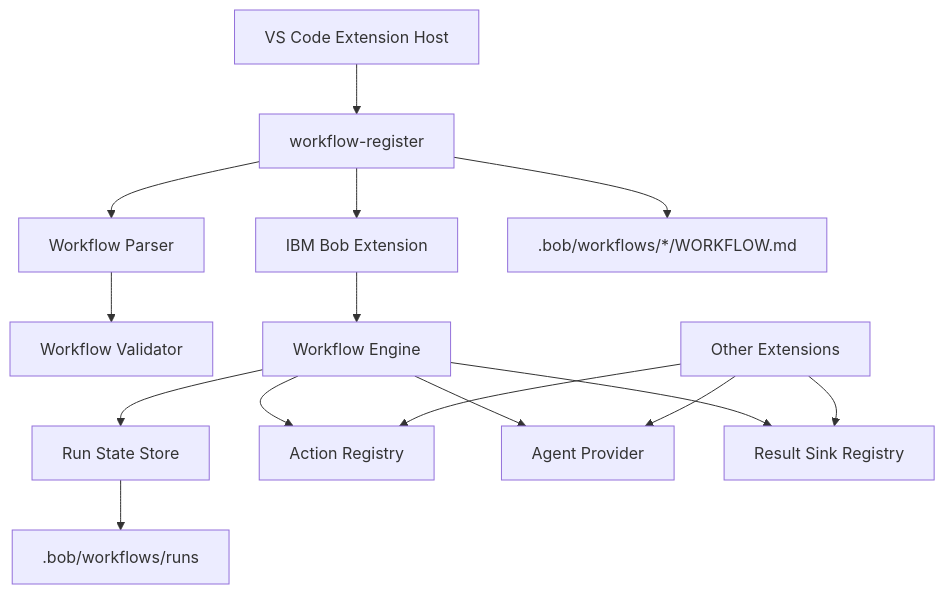
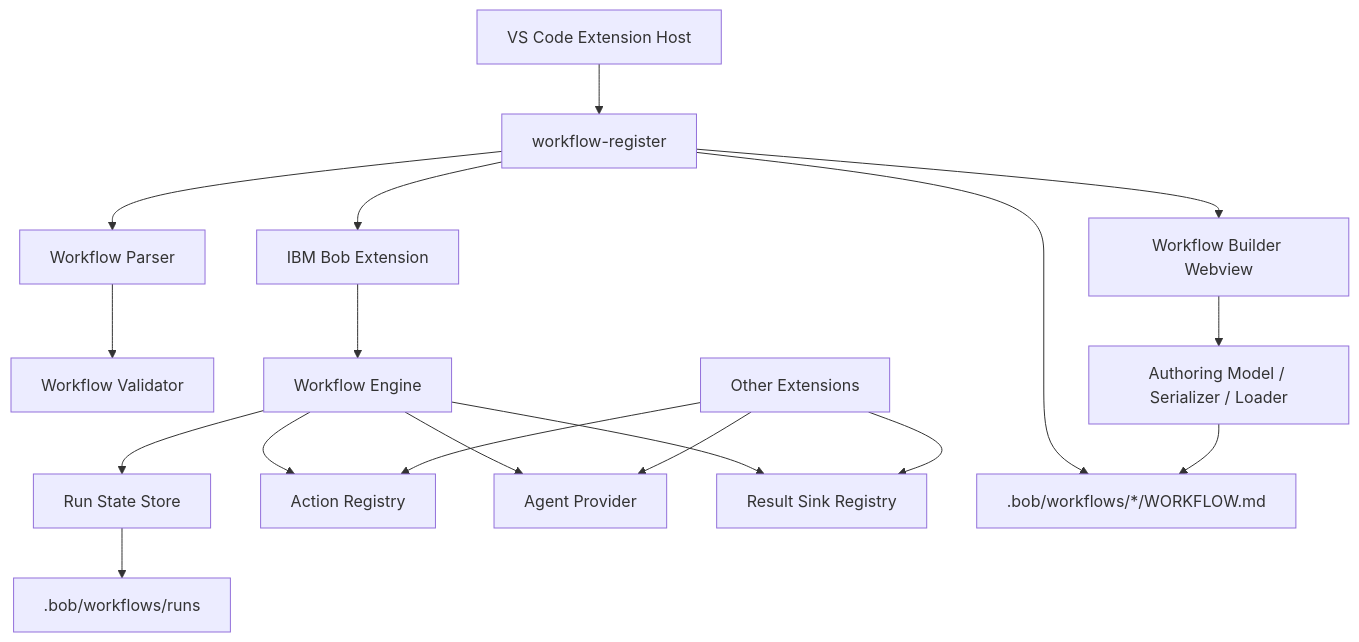
The diagram in extensions/workflow-register/docs/basic-design-ja.md (katamor1/bob_builtin_analyze), drawn with Mermaid before and after one commit. The commit also changed other lines of this file, not shown here.

Commit message:
docs: refresh workflow-register basic design

````diff
--- a/extensions/workflow-register/docs/basic-design-ja.md
+++ b/extensions/workflow-register/docs/basic-design-ja.md
@@ -58,31 +65,36 @@
 ```mermaid
 flowchart TD
   VSCode[VS Code Extension Host]
   Bob[IBM Bob Extension]
   Register[workflow-register]
   Parser[Workflow Parser]
   Validator[Workflow Validator]
   Engine[Workflow Engine]
   State[Run State Store]
   Action[Action Registry]
   Agent[Agent Provider]
   Sink[Result Sink Registry]
+  Builder[Workflow Builder Webview]
+  Authoring[Authoring Model / Serializer / Loader]
   Other[Other Extensions]
   Files[.bob/workflows/*/WORKFLOW.md]
   Runs[.bob/workflows/runs]
 
   VSCode --> Register
   Register --> Files
   Register --> Parser
   Parser --> Validator
   Register --> Bob
   Bob --> Engine
   Engine --> Action
   Engine --> Agent
   Engine --> Sink
   Engine --> State
   State --> Runs
+  Register --> Builder
+  Builder --> Authoring
+  Authoring --> Files
   Other --> Action
   Other --> Agent
   Other --> Sink
 ```
````
